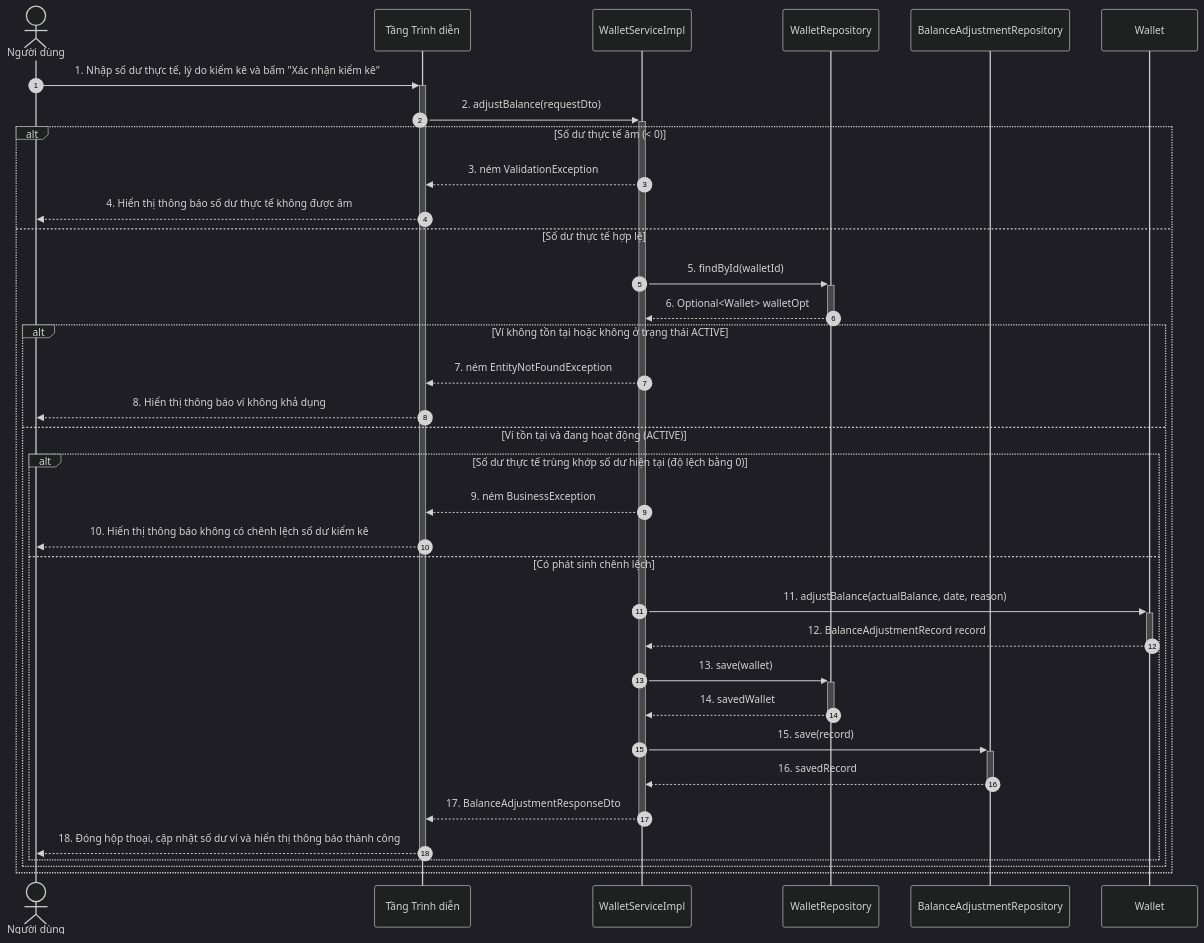
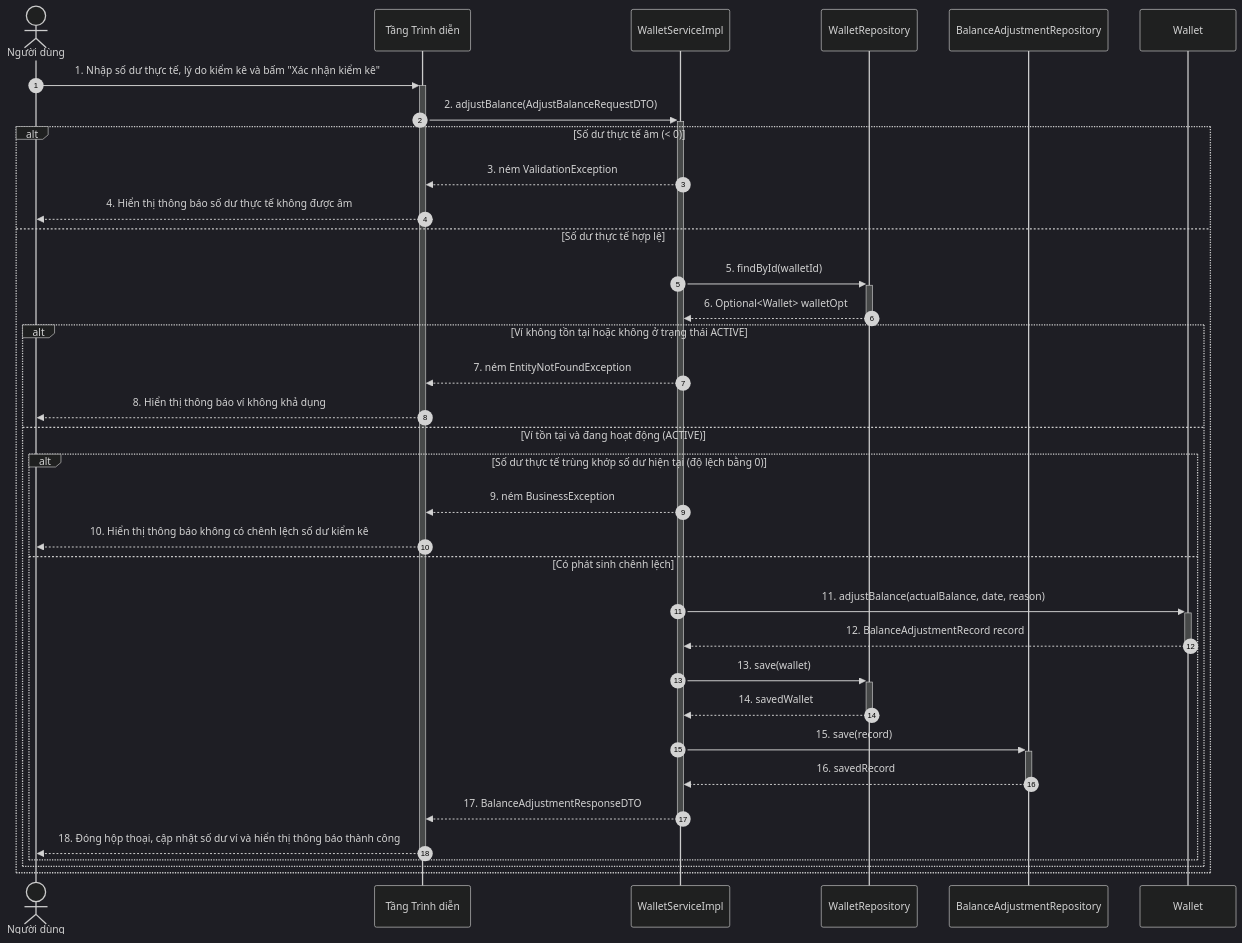
One commit to mynhleeh/pfms-oop changed the fifth of 21 diagrams in docs/object-oriented-design/05-so-do-tuong-tac-thiet-ke-sequence-diagram.md. Above: the diagram before and after it, drawn with Mermaid (dark theme). The commit also changed other lines of this file and 3 other files, not shown here.

Commit message:
docs(ood): harmonize service contracts, sequence diagrams, and DTO specifications

````diff
--- a/docs/object-oriented-design/05-so-do-tuong-tac-thiet-ke-sequence-diagram.md
+++ b/docs/object-oriented-design/05-so-do-tuong-tac-thiet-ke-sequence-diagram.md
@@ -221,38 +221,38 @@
 ```mermaid
 sequenceDiagram
     autonumber
     actor User as Người dùng
     participant GUI as Tầng Trình diễn
     participant WalletService as WalletServiceImpl
     participant WalletRepo as WalletRepository
     participant AdjustRepo as BalanceAdjustmentRepository
     participant Wallet as Wallet
 
     User->>+GUI: 1. Nhập số dư thực tế, lý do kiểm kê và bấm "Xác nhận kiểm kê"
-    GUI->>+WalletService: 2. adjustBalance(requestDto)
+    GUI->>+WalletService: 2. adjustBalance(AdjustBalanceRequestDTO)
     alt Số dư thực tế âm (< 0)
         WalletService-->>GUI: 3. ném ValidationException
         GUI-->>User: 4. Hiển thị thông báo số dư thực tế không được âm
     else Số dư thực tế hợp lệ
         WalletService->>+WalletRepo: 5. findById(walletId)
         WalletRepo-->>-WalletService: 6. Optional<Wallet> walletOpt
         alt Ví không tồn tại hoặc không ở trạng thái ACTIVE
             WalletService-->>GUI: 7. ném EntityNotFoundException
             GUI-->>User: 8. Hiển thị thông báo ví không khả dụng
         else Ví tồn tại và đang hoạt động (ACTIVE)
             alt Số dư thực tế trùng khớp số dư hiện tại (độ lệch bằng 0)
                 WalletService-->>GUI: 9. ném BusinessException
                 GUI-->>User: 10. Hiển thị thông báo không có chênh lệch số dư kiểm kê
             else Có phát sinh chênh lệch
                 WalletService->>+Wallet: 11. adjustBalance(actualBalance, date, reason)
                 Wallet-->>-WalletService: 12. BalanceAdjustmentRecord record
                 WalletService->>+WalletRepo: 13. save(wallet)
                 WalletRepo-->>-WalletService: 14. savedWallet
                 WalletService->>+AdjustRepo: 15. save(record)
                 AdjustRepo-->>-WalletService: 16. savedRecord
-                WalletService-->>-GUI: 17. BalanceAdjustmentResponseDto
+                WalletService-->>-GUI: 17. BalanceAdjustmentResponseDTO
                 GUI-->>-User: 18. Đóng hộp thoại, cập nhật số dư ví và hiển thị thông báo thành công
             end
         end
     end
 ```
````
